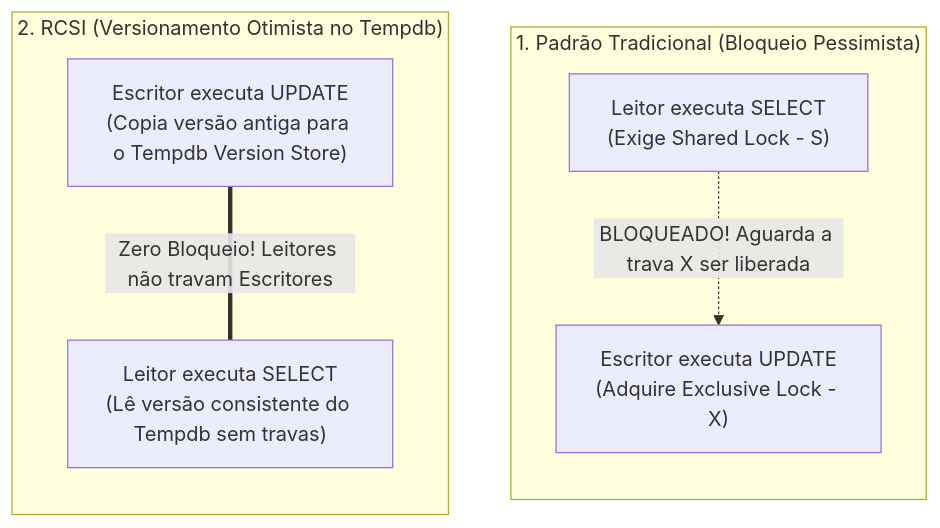
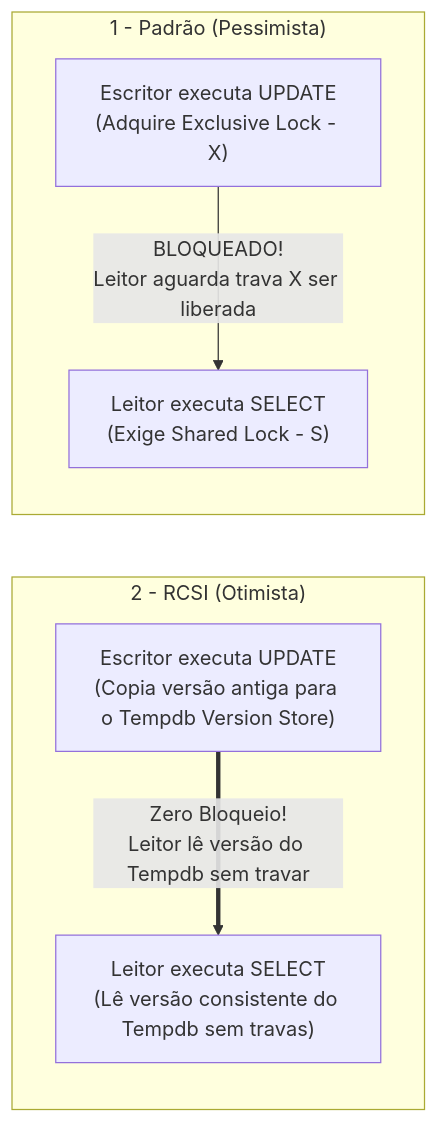
The diagram in i18n/pt-BR/certification/06-performance-optimization/02-transaction-isolation-concurrency.md (jucelinoss/dp-800-study-guide), drawn with Mermaid before and after one commit. The commit also changed other lines of this file and 4 other files, not shown here.

````diff
--- a/i18n/pt-BR/certification/06-performance-optimization/02-transaction-isolation-concurrency.md
+++ b/i18n/pt-BR/certification/06-performance-optimization/02-transaction-isolation-concurrency.md
@@ -93,16 +194,18 @@
 ```mermaid
 flowchart TD
-    subgraph PESSIMISTIC ["1. Padrão Tradicional (Bloqueio Pessimista)"]
+    subgraph PESSIMISTIC ["1 - Padrão (Pessimista)<br/>&nbsp;"]
         direction TB
         W1["Escritor executa UPDATE<br/>(Adquire Exclusive Lock - X)"]
         R1["Leitor executa SELECT<br/>(Exige Shared Lock - S)"]
-        R1 -. "BLOQUEADO! Aguarda a trava X ser liberada" .-> W1
+        W1 -->|"BLOQUEADO!<br/>Leitor aguarda trava X ser liberada"| R1
     end
 
-    subgraph RCSI ["2. RCSI (Versionamento Otimista no Tempdb)"]
+    subgraph RCSI ["2 - RCSI (Otimista)<br/>&nbsp;"]
         direction TB
         W2["Escritor executa UPDATE<br/>(Copia versão antiga para o Tempdb Version Store)"]
         R2["Leitor executa SELECT<br/>(Lê versão consistente do Tempdb sem travas)"]
-        W2 ===|Zero Bloqueio! Leitores não travam Escritores| R2
+        W2 ==>|"Zero Bloqueio!<br/>Leitor lê versão do Tempdb sem travar"| R2
     end
+
+    PESSIMISTIC ~~~ RCSI
 ```
````
